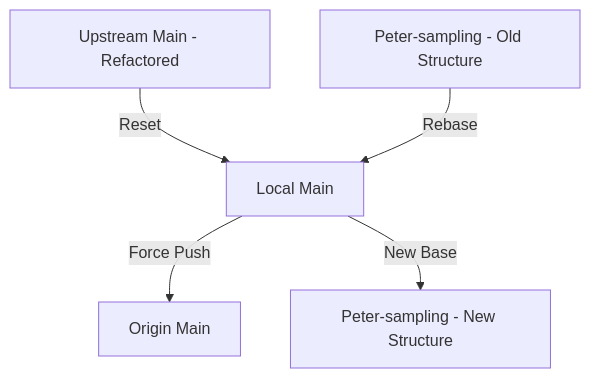
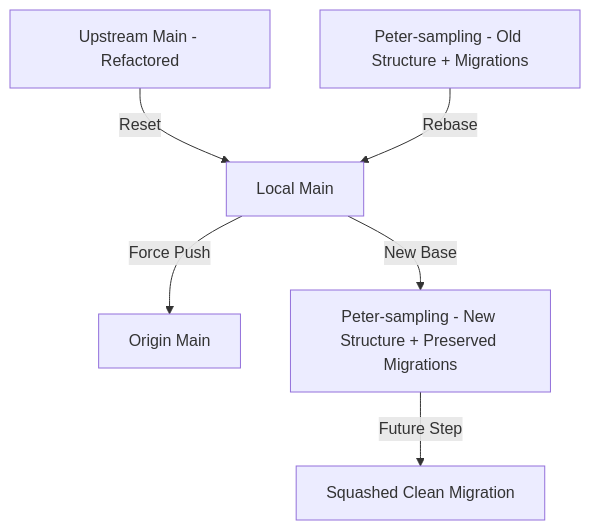
The diagram in plans/git_cleanup_plan.md (uw-ssec/ca-biositing), drawn with Mermaid before and after one commit. The commit also changed other lines of this file and 2 other files, not shown here.

````diff
--- a/plans/git_cleanup_plan.md
+++ b/plans/git_cleanup_plan.md
@@ -47,7 +53,8 @@
 ```mermaid
 graph TD
     U[Upstream Main - Refactored] -->|Reset| L[Local Main]
     L -->|Force Push| O[Origin Main]
-    P[Peter-sampling - Old Structure] -->|Rebase| L
-    L -->|New Base| P_New[Peter-sampling - New Structure]
+    P[Peter-sampling - Old Structure + Migrations] -->|Rebase| L
+    L -->|New Base| P_New[Peter-sampling - New Structure + Preserved Migrations]
+    P_New -->|Future Step| Squash[Squashed Clean Migration]
 ```
````
